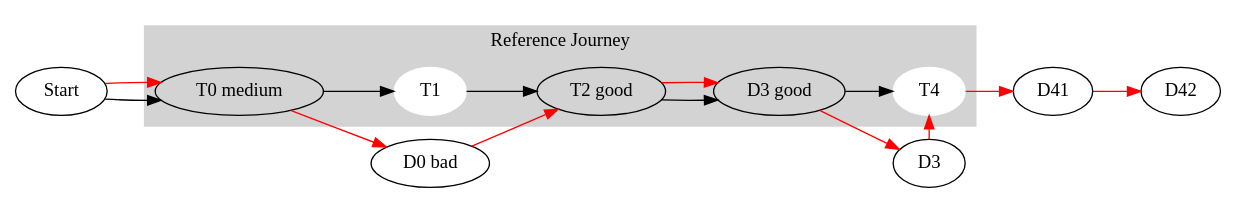
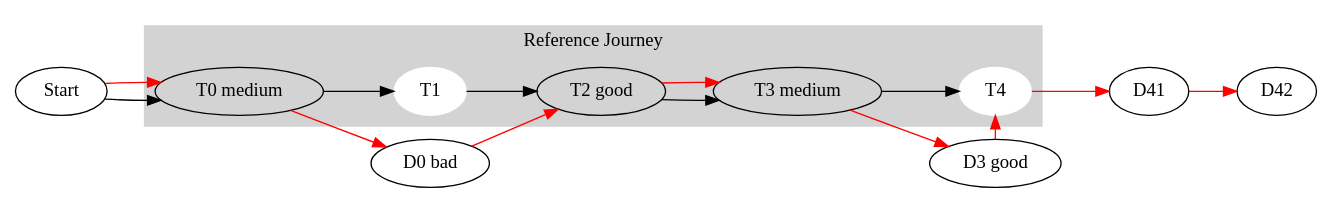
One commit to floxyz/INF5120 changed the diagram in Customer Journeys.visualizer/sample/sample1.dot. Above: the diagram before and after it, drawn with Graphviz. The commit also changed 5 other files, not shown here.

```diff
--- a/Customer Journeys.visualizer/sample/sample1.dot
+++ b/Customer Journeys.visualizer/sample/sample1.dot
@@ -1,33 +1,33 @@
 digraph customerJourney {
 	rankdir=LR;
 	
 	// Touchpoints with rating
 	"T0" [ label="T0 medium"];
 	"T3" [label="T3 medium"]; 
 	"D0" [label="D0 bad"]; 
 	"T2" [label="T2 good"];
-	"T3" [label="D3 good"];
+	"D3" [label="D3 good"];
 	
 	// Reference journey
 	subgraph cluster_0 {
 		style=filled;
 		color=lightgrey;
 		node [style=filled,color=white];
 		T0 -> T1 -> T2 -> T3 -> T4
 		label = "Reference Journey";
 	}
 	
 	Start -> T0;
 	
 	// The compared journey
 	edge [color="#FF0000"]
 
 	Start -> T0;
 	T0 -> D0;
 	D0 -> T2;
 	T2 -> T3;
 	T3 -> D3;
 	D3 -> T4;
 	T4 -> D41;
 	D41 -> D42;
 }
```
